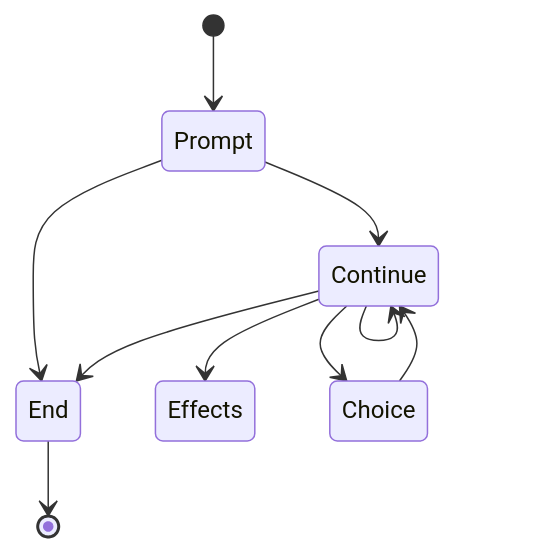
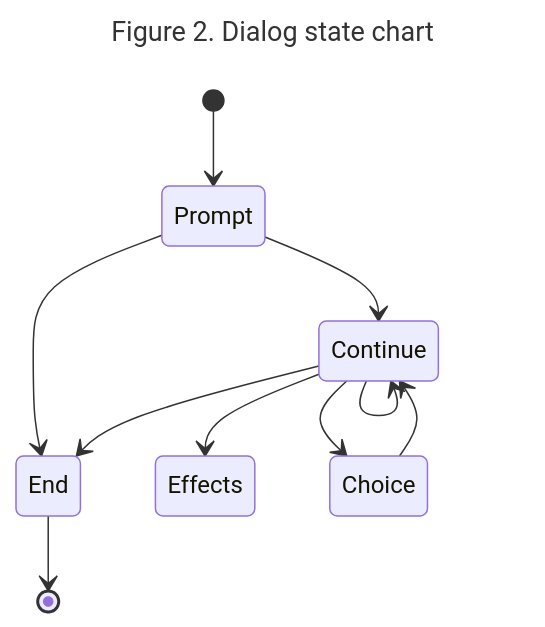
The second of 2 diagrams in docs/blog/posts/contextual-dialog.md (GekkotaDev/Action-RPG-Driving-Game), drawn with Mermaid before and after one commit. The commit also changed 4 other files, not shown here.

````diff
--- a/docs/blog/posts/contextual-dialog.md
+++ b/docs/blog/posts/contextual-dialog.md
@@ -40,16 +40,19 @@
 ```mermaid
+---
+title: Figure 2. Dialog state chart
+---
 stateDiagram-v2
     [*] --> Prompt
 
     Prompt --> End
     Prompt --> Continue
 
     Continue --> Continue
     Continue --> Effects
     Continue --> Choice
     Continue --> End
 
     Choice --> Continue
 
     End --> [*]
 ```
````
